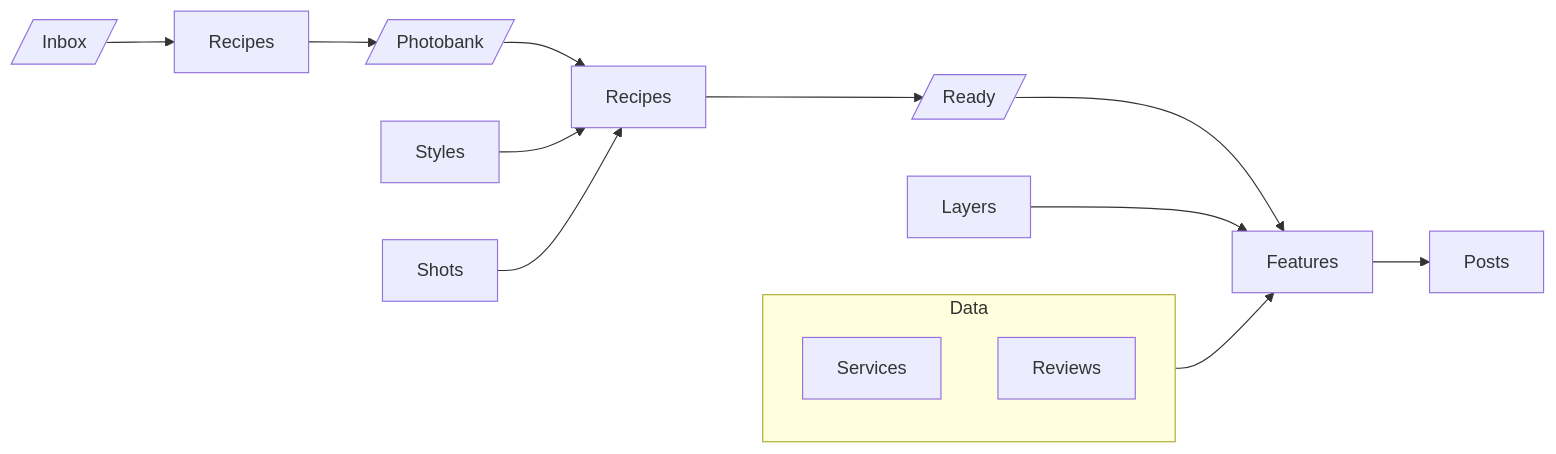
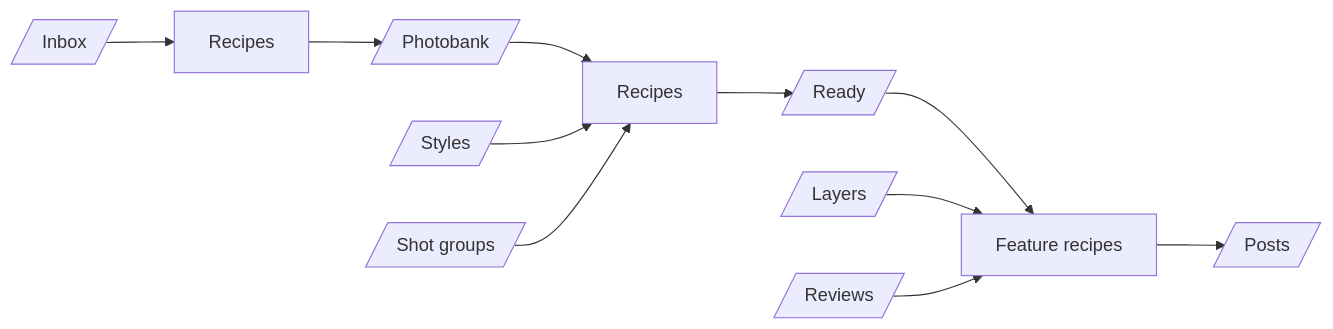
The diagram in AGENTS.md (losnikitos/rocketbox), drawn with Mermaid before and after one commit. The commit also changed other lines of this file and 6 other files, not shown here.

````diff
--- a/AGENTS.md
+++ b/AGENTS.md
@@ -25,12 +25,8 @@
 ```mermaid
 flowchart LR
-  Inbox[/Inbox/] --> InboxRecipes[Recipes] --> Photobank[/Photobank/] --> Recipes --> Ready[/Ready/] --> Features --> Posts
-  Styles --> Recipes
-  Shots --> Recipes
-  Layers --> Features
-  subgraph Data
-    Services
-    Reviews
-  end
-  Data --> Features
+ Inbox[/Inbox/] --> InboxRecipes[Recipes] --> Photobank[/Photobank/] --> Recipes --> Ready[/Ready/] --> Features[Feature recipes] --> Posts[/Posts/]
+ Styles[/Styles/] --> Recipes
+ Shots[/Shot groups/] --> Recipes
+ Layers[/Layers/] --> Features
+ Reviews[/Reviews/] --> Features
 ```
````
